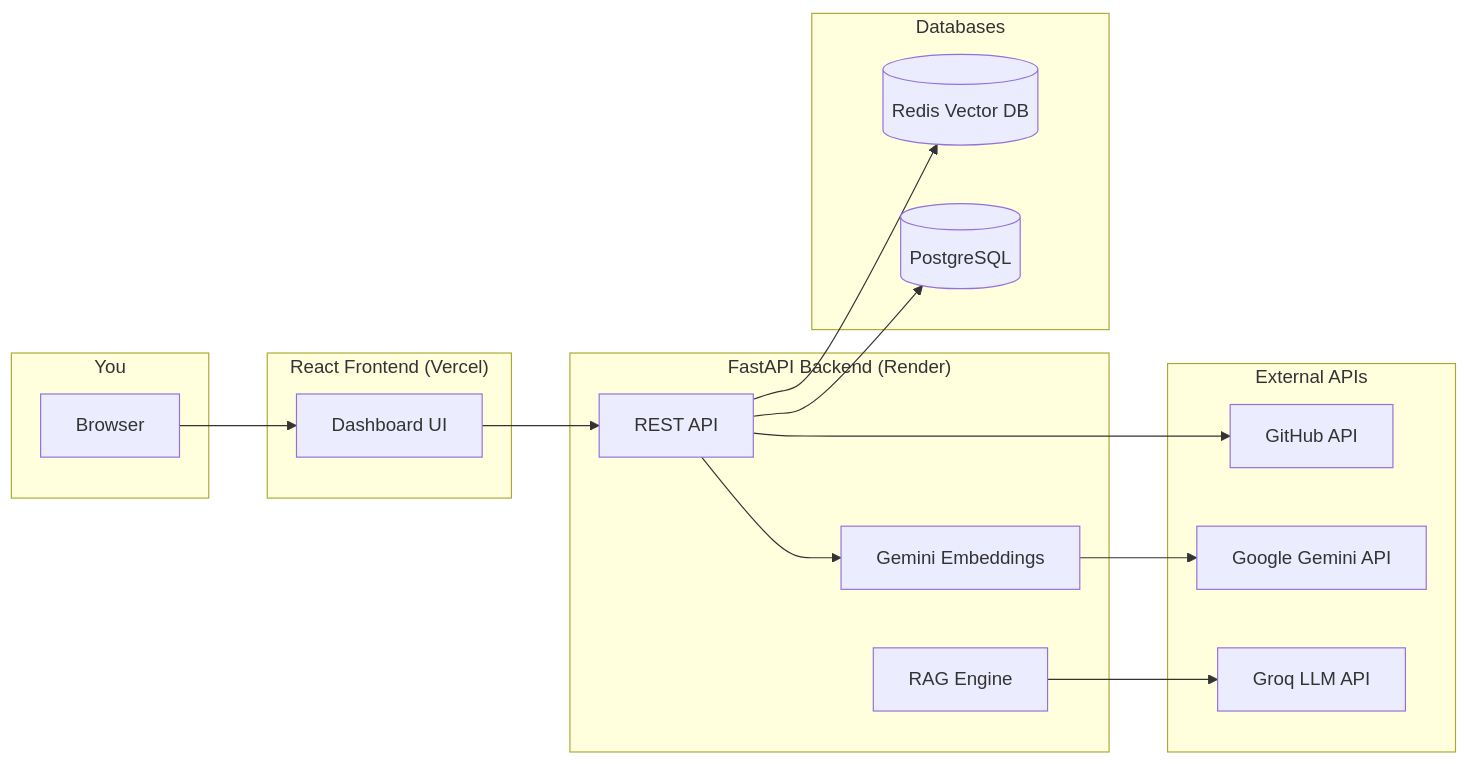
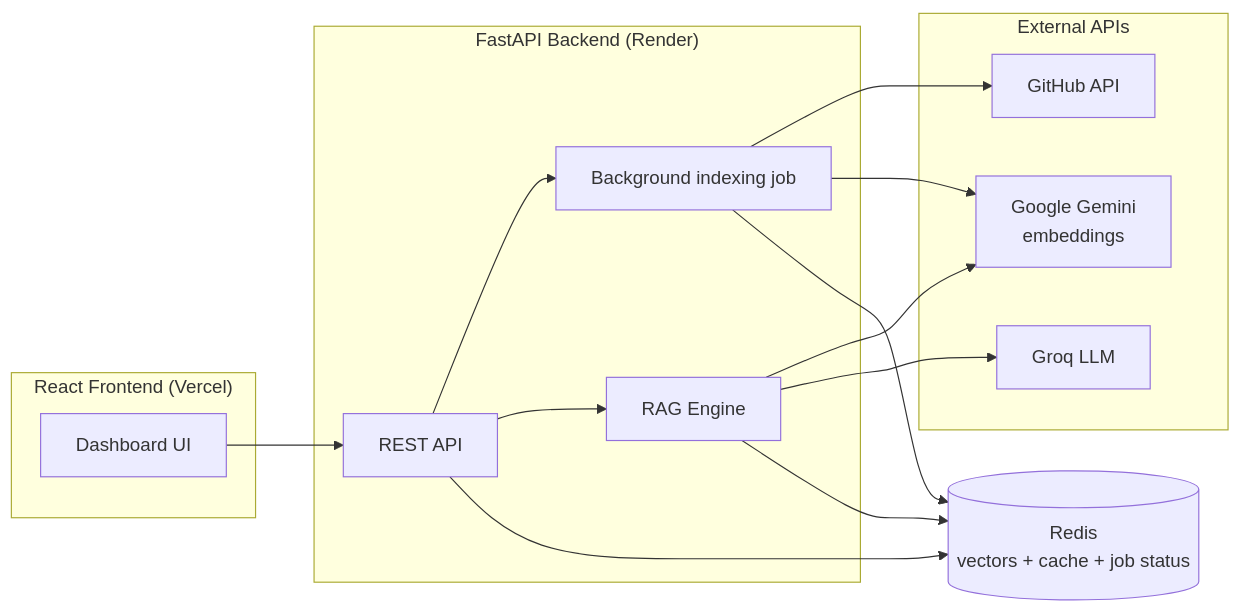
One commit to mujeebmasi/redis-rag changed the first of 6 diagrams in README.md. Above: the diagram before and after it, drawn with Mermaid. The commit also changed other lines of this file and 8 other files, not shown here.

````diff
--- a/README.md
+++ b/README.md
@@ -11,36 +15,31 @@
 ```mermaid
 graph LR
-    subgraph You["You"]
-        Browser[Browser]
-    end
-
     subgraph Frontend["React Frontend (Vercel)"]
         UI[Dashboard UI]
     end
 
     subgraph Backend["FastAPI Backend (Render)"]
         API[REST API]
-        Embed[Gemini Embeddings]
+        Job[Background indexing job]
         RAG[RAG Engine]
     end
 
     subgraph External["External APIs"]
         GitHub[GitHub API]
-        Gemini[Google Gemini API]
-        Groq[Groq LLM API]
+        Gemini[Google Gemini<br/>embeddings]
+        Groq[Groq LLM]
     end
 
-    subgraph Storage["Databases"]
-        Redis[(Redis Vector DB)]
-        Postgres[(PostgreSQL)]
-    end
+    Redis[(Redis<br/>vectors + cache + job status)]
 
-    Browser --> UI
     UI --> API
-    API --> GitHub
-    API --> Embed
-    Embed --> Gemini
+    API --> Job
+    Job --> GitHub
+    Job --> Gemini
+    API --> RAG
+    RAG --> Gemini
     RAG --> Groq
+    Job --> Redis
     API --> Redis
-    API --> Postgres
+    RAG --> Redis
 ```
````
